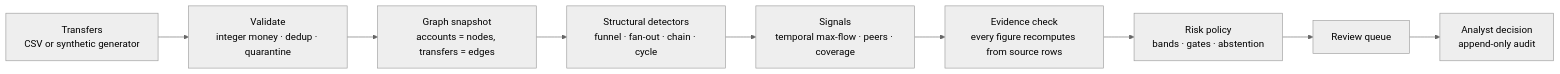
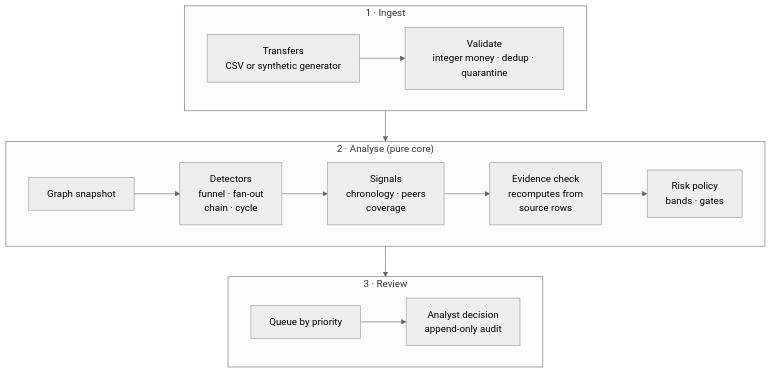
One commit to SaginbekDaniel/SYNAPTIC-LABS changed the first of 2 diagrams in README.md. Above: the diagram before and after it, drawn with Mermaid (neutral theme).

Commit message:
README: stack the pipeline diagram in three stages so it stays legible
The single-row nine-node flowchart was scaled down to unreadable text in
GitHub's content column. Verified both diagrams with Mermaid at 860 px.

Claude-Session: https://claude.ai/code/session_01YM4H2WEF6VnEd5yWwg7r4v

````diff
--- a/README.md
+++ b/README.md
@@ -52,11 +52,16 @@
 ```mermaid
-flowchart LR
-  A["Transfers<br/>CSV or synthetic generator"] --> B["Validate<br/>integer money · dedup · quarantine"]
-  B --> C["Graph snapshot<br/>accounts = nodes, transfers = edges"]
-  C --> D["Structural detectors<br/>funnel · fan-out · chain · cycle"]
-  D --> E["Signals<br/>temporal max-flow · peers · coverage"]
-  E --> F["Evidence check<br/>every figure recomputes from source rows"]
-  F --> G["Risk policy<br/>bands · gates · abstention"]
-  G --> H["Review queue"]
-  H --> I["Analyst decision<br/>append-only audit"]
+flowchart TB
+  subgraph ingest["1 · Ingest"]
+    direction LR
+    A["Transfers<br/>CSV or synthetic generator"] --> B["Validate<br/>integer money · dedup · quarantine"]
+  end
+  subgraph analyse["2 · Analyse (pure core)"]
+    direction LR
+    C["Graph snapshot"] --> D["Detectors<br/>funnel · fan-out<br/>chain · cycle"] --> E["Signals<br/>chronology · peers<br/>coverage"] --> F["Evidence check<br/>recomputes from<br/>source rows"] --> G["Risk policy<br/>bands · gates"]
+  end
+  subgraph review["3 · Review"]
+    direction LR
+    H["Queue by priority"] --> I["Analyst decision<br/>append-only audit"]
+  end
+  ingest --> analyse --> review
 ```
````
